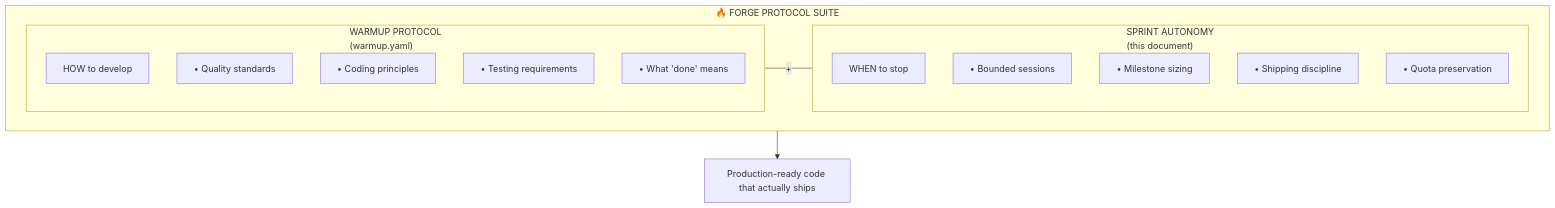
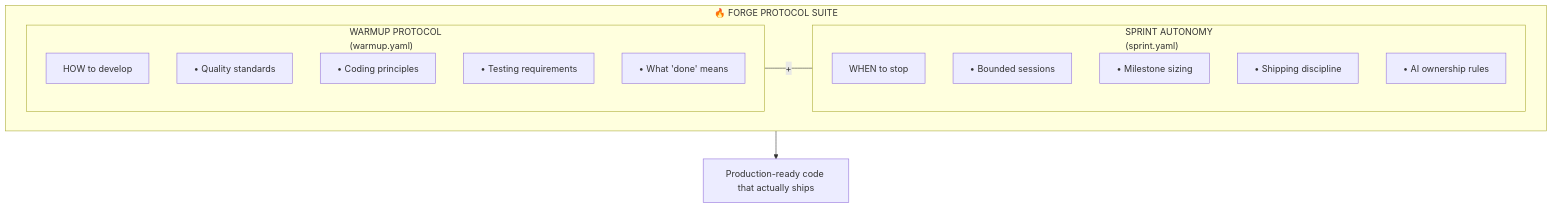
The first of 2 diagrams in docs/SPRINT_AUTONOMY_PROTOCOL.md (mollendorff-ai/forge), drawn with Mermaid before and after one commit. The commit also changed other lines of this file and 5 other files, not shown here.

First line of the commit message:
feat: Add Forge Protocol Suite - sprint.yaml + roadmap refocus

````diff
--- a/docs/SPRINT_AUTONOMY_PROTOCOL.md
+++ b/docs/SPRINT_AUTONOMY_PROTOCOL.md
@@ -11,21 +15,21 @@
 ```mermaid
 graph TB
     subgraph suite["🔥 FORGE PROTOCOL SUITE"]
         subgraph warmup["WARMUP PROTOCOL<br/>(warmup.yaml)"]
             w1["HOW to develop"]
             w2["• Quality standards"]
             w3["• Coding principles"]
             w4["• Testing requirements"]
             w5["• What 'done' means"]
         end
-        subgraph sprint["SPRINT AUTONOMY<br/>(this document)"]
+        subgraph sprint["SPRINT AUTONOMY<br/>(sprint.yaml)"]
             s1["WHEN to stop"]
             s2["• Bounded sessions"]
             s3["• Milestone sizing"]
             s4["• Shipping discipline"]
-            s5["• Quota preservation"]
+            s5["• AI ownership rules"]
         end
     end
     warmup ---|+| sprint
     suite --> result["Production-ready code that actually ships"]
 ```
````
